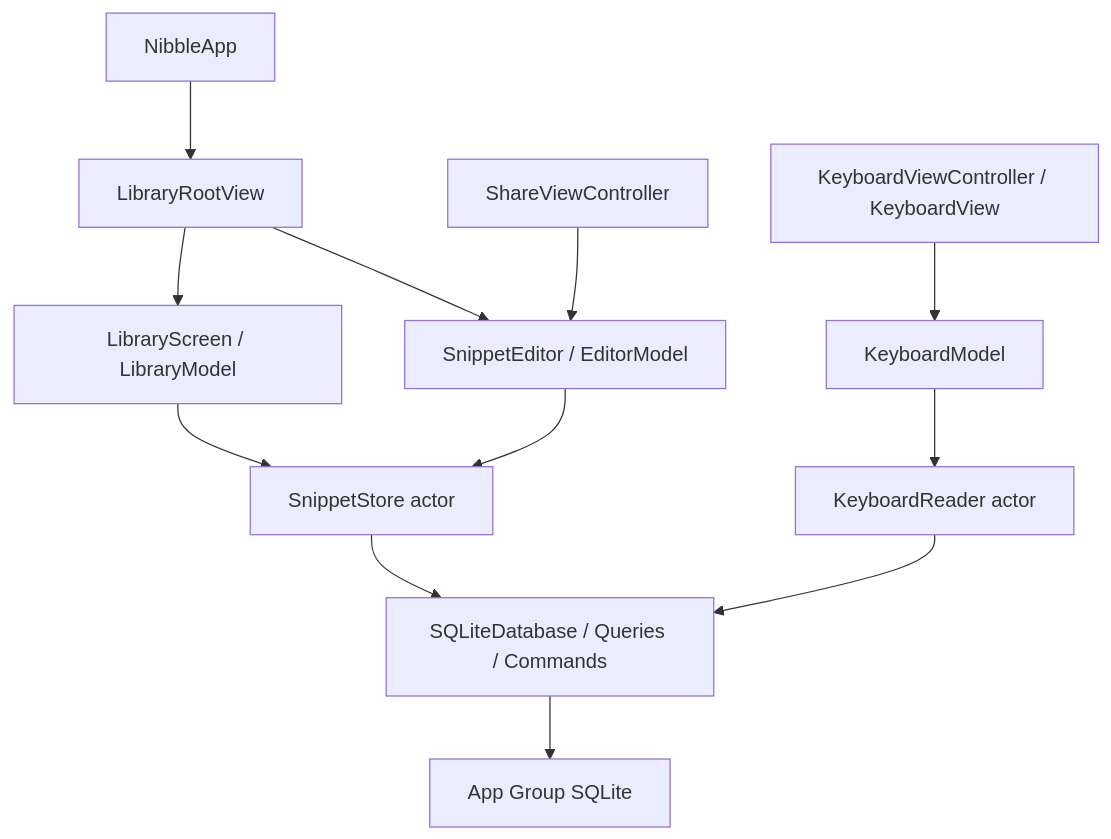
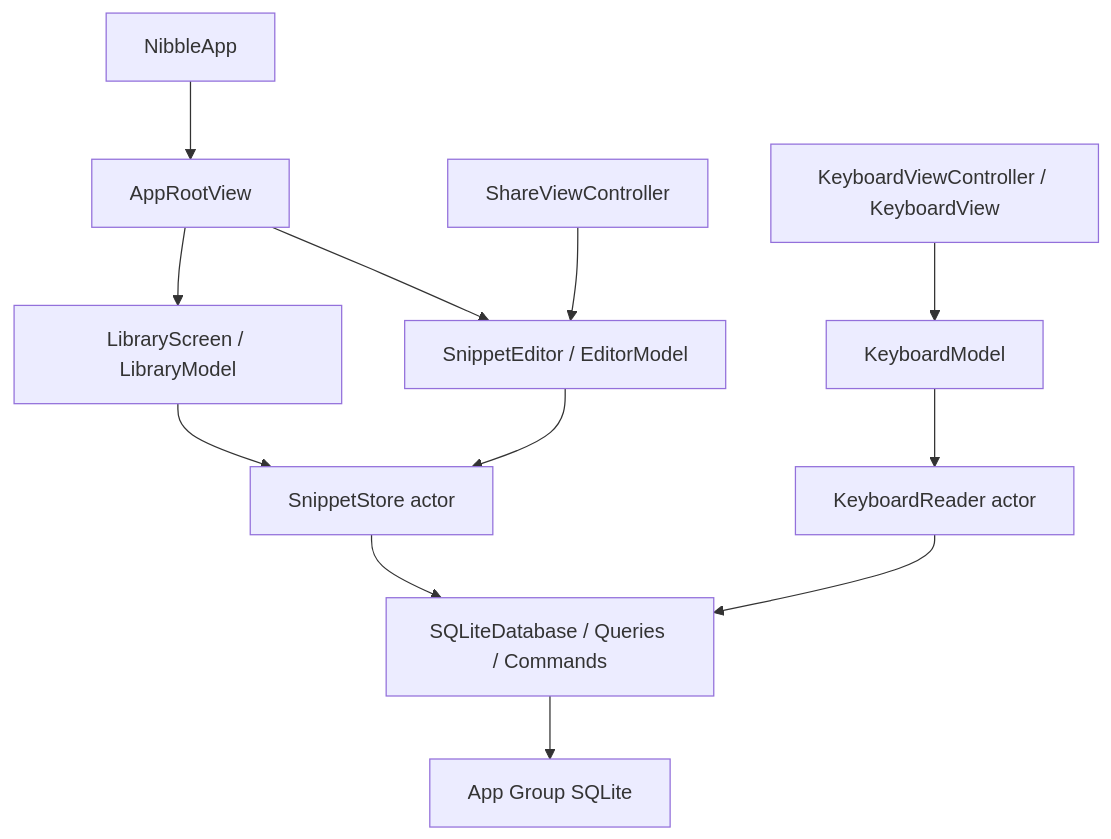
Before and after one commit to 9uiLe/nibble: the diagram in docs/architecture/README.md, drawn with Mermaid. The commit also changed other lines of this file and 32 other files, not shown here.

````diff
--- a/docs/architecture/README.md
+++ b/docs/architecture/README.md
@@ -28,14 +28,14 @@
 ```mermaid
 flowchart TD
-    App[NibbleApp] --> Root[LibraryRootView]
+    App[NibbleApp] --> Root[AppRootView]
     Share[ShareViewController] --> Editor[SnippetEditor / EditorModel]
     Root --> Library[LibraryScreen / LibraryModel]
     Root --> Editor
     Library --> Store[SnippetStore actor]
     Editor --> Store
     Store --> SQL[SQLiteDatabase / Queries / Commands]
     Keyboard[KeyboardViewController / KeyboardView] --> Model[KeyboardModel]
     Model --> Reader[KeyboardReader actor]
     Reader --> SQL
     SQL --> DB[App Group SQLite]
 ```
````
